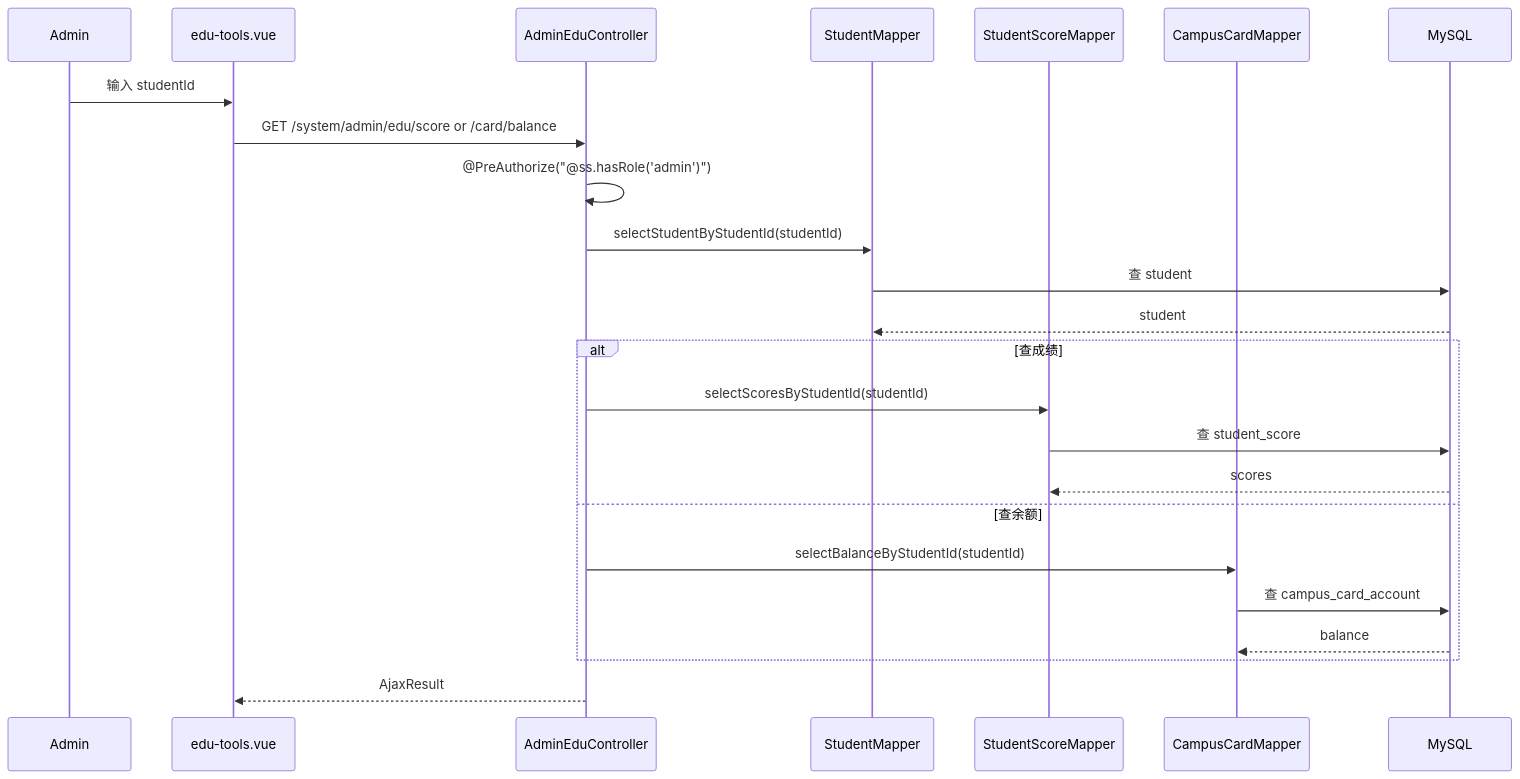
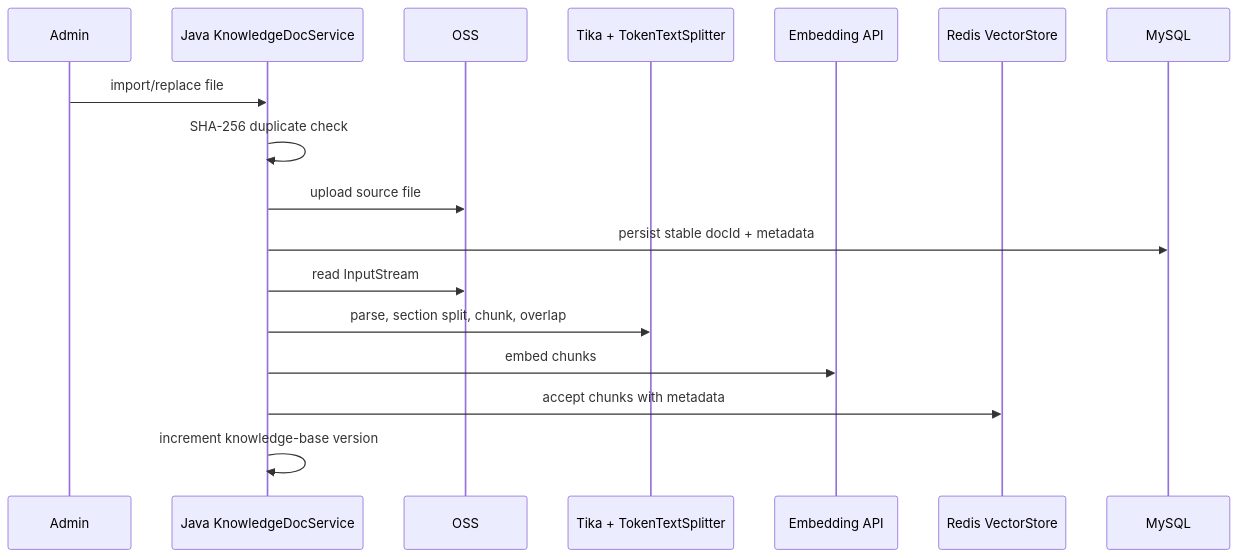
The fourth of 4 diagrams in docs/architecture.md (citen-xx/springAI-campus-brillant-helper), drawn with Mermaid before and after one commit. The commit also changed other lines of this file and 1 other file, not shown here.

````diff
--- a/docs/architecture.md
+++ b/docs/architecture.md
@@ -254,27 +121,20 @@
 ```mermaid
 sequenceDiagram
     participant A as Admin
-    participant FE as edu-tools.vue
-    participant C as AdminEduController
-    participant SM as StudentMapper
-    participant SSM as StudentScoreMapper
-    participant CCM as CampusCardMapper
+    participant J as Java KnowledgeDocService
+    participant O as OSS
+    participant T as Tika + TokenTextSplitter
+    participant E as Embedding API
+    participant V as Redis VectorStore
     participant DB as MySQL
 
-    A->>FE: 输入 studentId
-    FE->>C: GET /system/admin/edu/score or /card/balance
-    C->>C: @PreAuthorize("@ss.hasRole('admin')")
-    C->>SM: selectStudentByStudentId(studentId)
-    SM->>DB: 查 student
-    DB-->>SM: student
-    alt 查成绩
-        C->>SSM: selectScoresByStudentId(studentId)
-        SSM->>DB: 查 student_score
-        DB-->>SSM: scores
-    else 查余额
-        C->>CCM: selectBalanceByStudentId(studentId)
-        CCM->>DB: 查 campus_card_account
-        DB-->>CCM: balance
-    end
-    C-->>FE: AjaxResult
+    A->>J: import/replace file
+    J->>J: SHA-256 duplicate check
+    J->>O: upload source file
+    J->>DB: persist stable docId + metadata
+    J->>O: read InputStream
+    J->>T: parse, section split, chunk, overlap
+    J->>E: embed chunks
+    J->>V: accept chunks with metadata
+    J->>J: increment knowledge-base version
 ```
````
